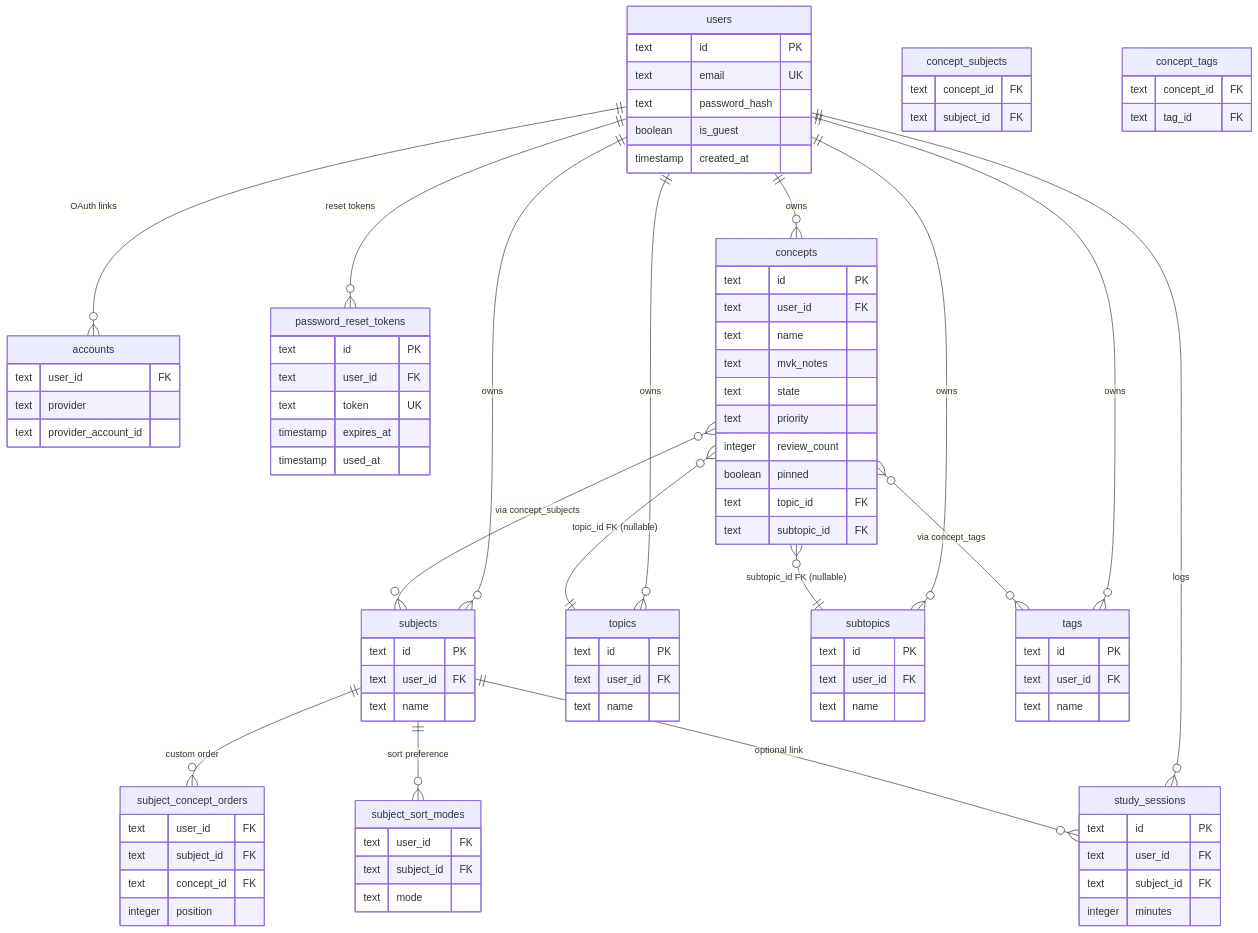
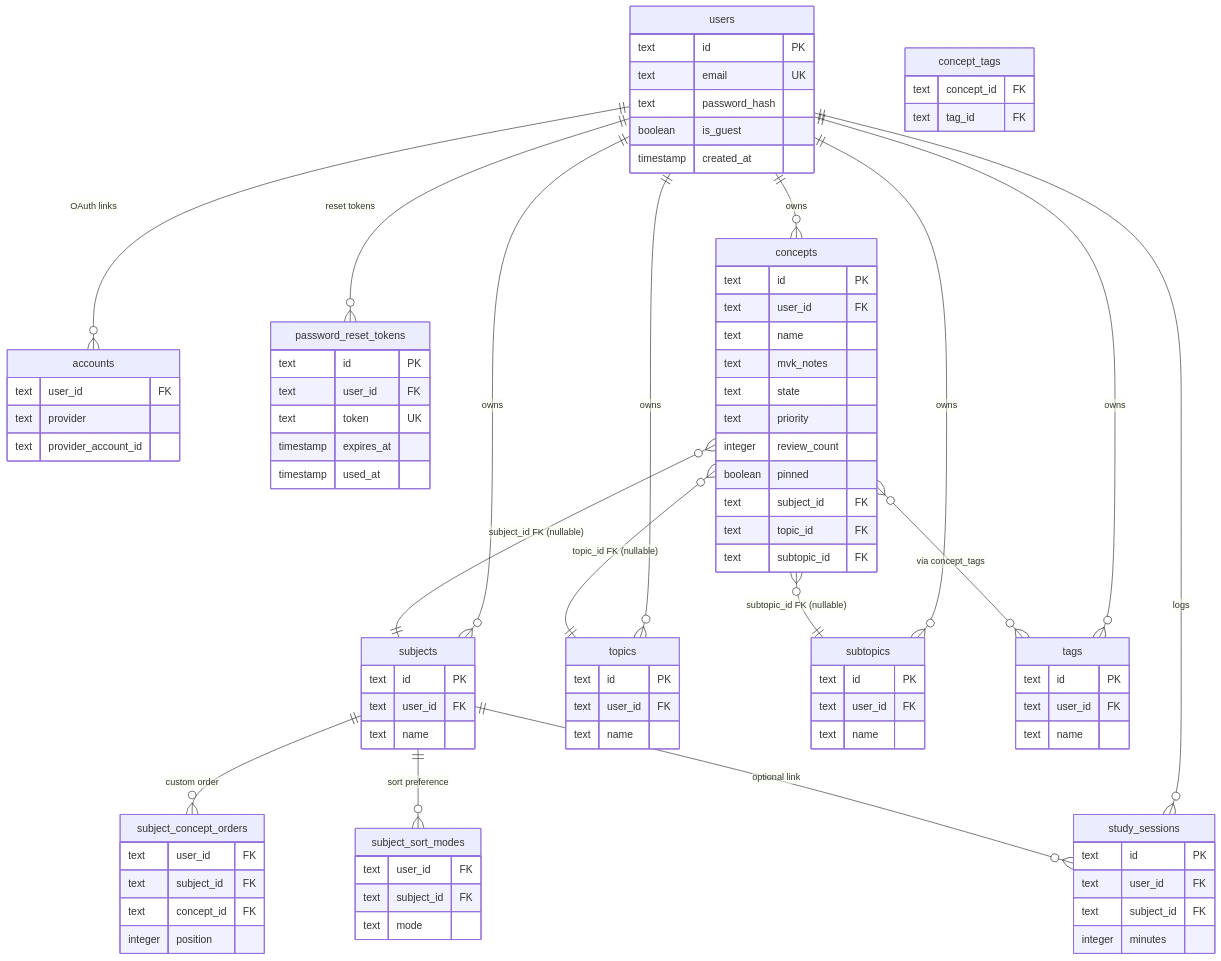
Before and after one commit to edgarfrancisco2022/tortugaiq: the diagram in architecture/03-database-and-orm.md, drawn with Mermaid. The commit also changed other lines of this file and 24 other files, not shown here.

```diff
--- a/architecture/03-database-and-orm.md
+++ b/architecture/03-database-and-orm.md
@@ -275,12 +276,9 @@
         text priority
         integer review_count
         boolean pinned
+        text subject_id FK
         text topic_id FK
         text subtopic_id FK
-    }
-    concept_subjects {
-        text concept_id FK
-        text subject_id FK
     }
     concept_tags {
         text concept_id FK
@@ -312,7 +310,7 @@
     users ||--o{ tags : owns
     users ||--o{ concepts : owns
     users ||--o{ study_sessions : logs
-    concepts }o--o{ subjects : "via concept_subjects"
+    concepts }o--|| subjects : "subject_id FK (nullable)"
     concepts }o--|| topics : "topic_id FK (nullable)"
     concepts }o--|| subtopics : "subtopic_id FK (nullable)"
     concepts }o--o{ tags : "via concept_tags"
```
